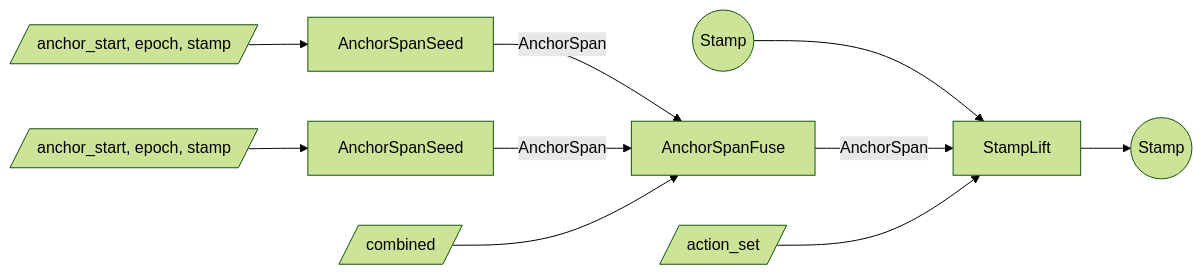
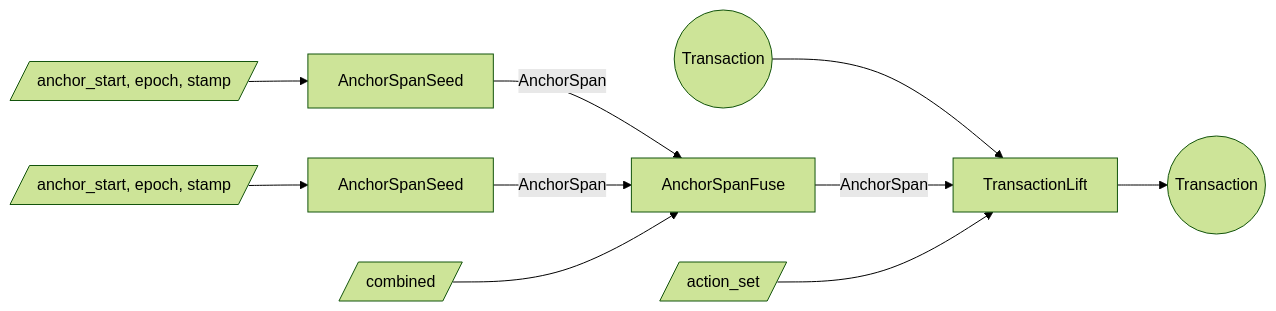
The second of 3 diagrams in book/src/proof-tree.md (tachyon-zcash/tachyon), drawn with Mermaid (forest theme) before and after one commit. The commit also changed other lines of this file and 19 other files, not shown here.

First line of the commit message:
refactor(stamp): name the transaction proof

````diff
--- a/book/src/proof-tree.md
+++ b/book/src/proof-tree.md
@@ -508,23 +508,23 @@
 ```mermaid
 flowchart LR
-  sh_in((Stamp))
+  sh_in((Transaction))
   w_span[/anchor_start, epoch, stamp/]
   s_span[AnchorSpanSeed]
   w_next[/anchor_start, epoch, stamp/]
   s_next[AnchorSpanSeed]
   w_spanfuse[/combined/]
   s_spanfuse[AnchorSpanFuse]
   w_lift[/action_set/]
-  s_lift[StampLift]
-  sh_out((Stamp))
+  s_lift[TransactionLift]
+  sh_out((Transaction))
 
   w_span --> s_span
   w_next --> s_next
   s_span -->|AnchorSpan| s_spanfuse
   s_next -->|AnchorSpan| s_spanfuse
   w_spanfuse --> s_spanfuse
   sh_in --> s_lift
   s_spanfuse -->|AnchorSpan| s_lift
   w_lift --> s_lift
   s_lift --> sh_out
 ```
````
